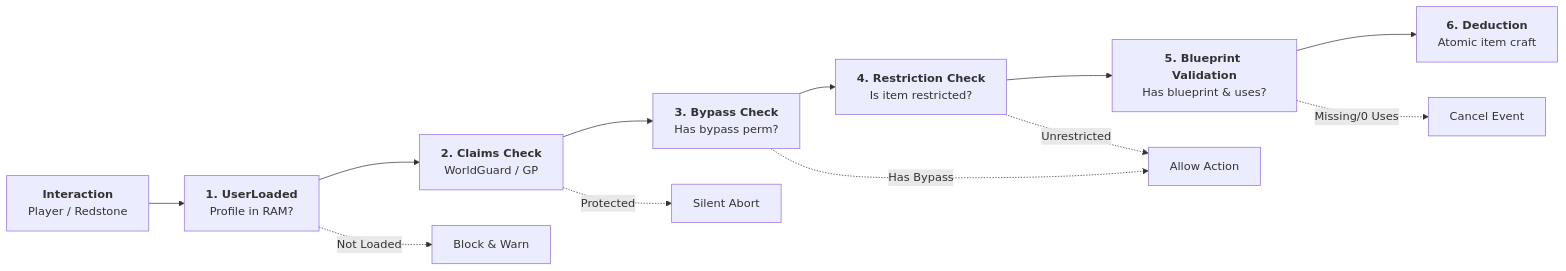
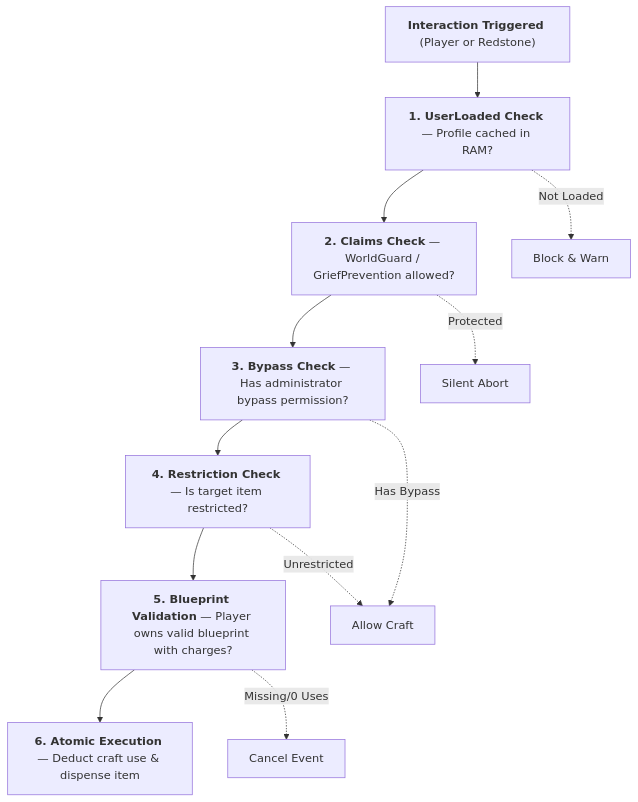
One commit to XZtotal/CraftingBlueprints-Wiki changed the diagram in docs/mechanics/workstations-matrix.md. Above: the diagram before and after it, drawn with Mermaid. The commit also changed 31 other files, not shown here.

Commit message:
style(docs): optimize diagram proportions, center all diagrams, and fix table padding

````diff
--- a/docs/mechanics/workstations-matrix.md
+++ b/docs/mechanics/workstations-matrix.md
@@ -27,15 +27,16 @@
 ```mermaid
-flowchart LR
-    Start["<b>Interaction</b><br/>Player / Redstone"] --> R1["<b>1. UserLoaded</b><br/>Profile in RAM?"]
-    R1 --> R2["<b>2. Claims Check</b><br/>WorldGuard / GP"]
-    R2 --> R3["<b>3. Bypass Check</b><br/>Has bypass perm?"]
-    R3 --> R4["<b>4. Restriction Check</b><br/>Is item restricted?"]
-    R4 --> R5["<b>5. Blueprint Validation</b><br/>Has blueprint &amp; uses?"]
-    R5 --> R6["<b>6. Deduction</b><br/>Atomic item craft"]
+flowchart TD
+    Start["<b>Interaction Triggered</b> (Player or Redstone)"]
+    --> R1["<b>1. UserLoaded Check</b> — Profile cached in RAM?"]
+    --> R2["<b>2. Claims Check</b> — WorldGuard / GriefPrevention allowed?"]
+    --> R3["<b>3. Bypass Check</b> — Has administrator bypass permission?"]
+    --> R4["<b>4. Restriction Check</b> — Is target item restricted?"]
+    --> R5["<b>5. Blueprint Validation</b> — Player owns valid blueprint with charges?"]
+    --> R6["<b>6. Atomic Execution</b> — Deduct craft use & dispense item"]
 
-    R1 -.->|Not Loaded| Warn["Block &amp; Warn"]
+    R1 -.->|Not Loaded| Warn["Block & Warn"]
     R2 -.->|Protected| Abort["Silent Abort"]
-    R3 -.->|Has Bypass| Pass["Allow Action"]
+    R3 -.->|Has Bypass| Pass["Allow Craft"]
     R4 -.->|Unrestricted| Pass
     R5 -.->|Missing/0 Uses| Deny["Cancel Event"]
 ```
````
